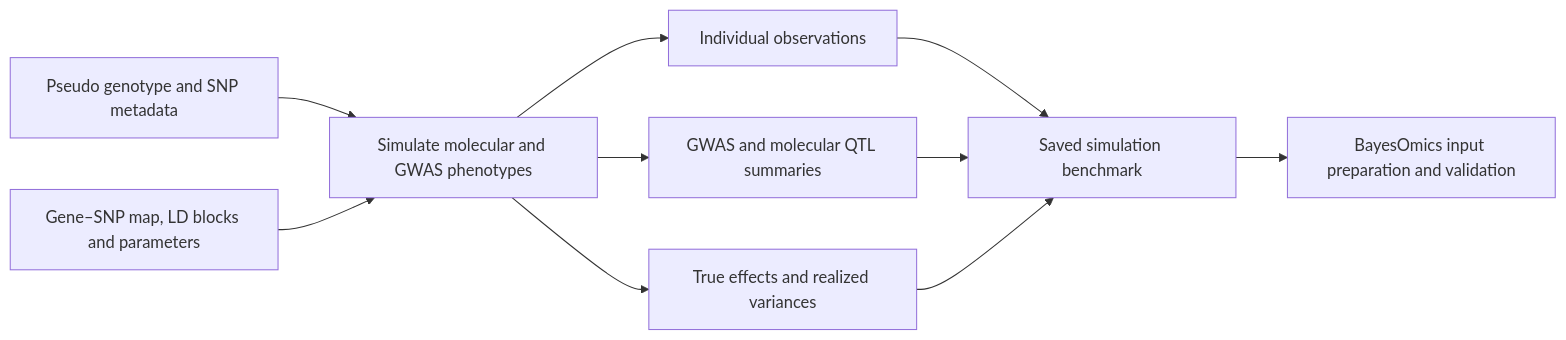
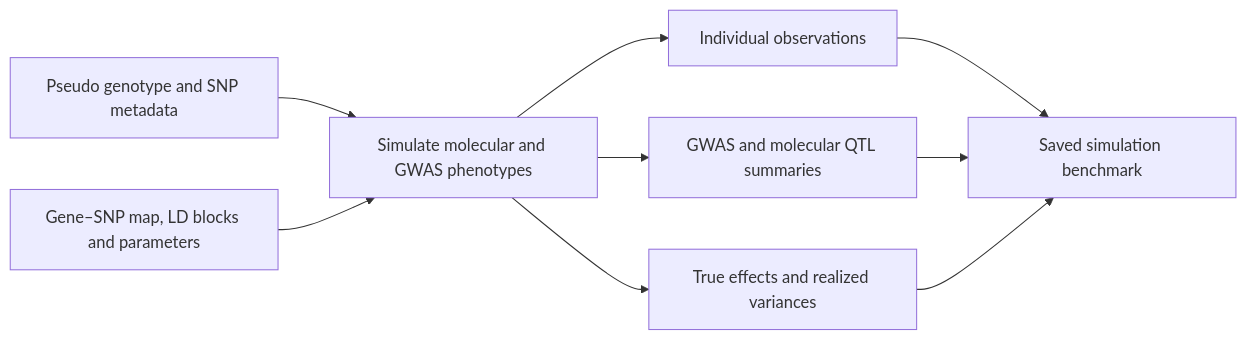
One commit to ShouyeLiu/SBayesOmics changed the diagram in README.md. Above: the diagram before and after it, drawn with Mermaid. The commit also changed other lines of this file, not shown here.

````diff
--- a/README.md
+++ b/README.md
@@ -19,12 +14,11 @@
 ```mermaid
 flowchart LR
     A[Pseudo genotype and SNP metadata] --> C[Simulate molecular and GWAS phenotypes]
     B[Gene–SNP map, LD blocks and parameters] --> C
     C --> D[Individual observations]
     C --> E[GWAS and molecular QTL summaries]
     C --> F[True effects and realized variances]
     D --> G[Saved simulation benchmark]
     E --> G
     F --> G
-    G --> H[BayesOmics input preparation and validation]
 ```
````
